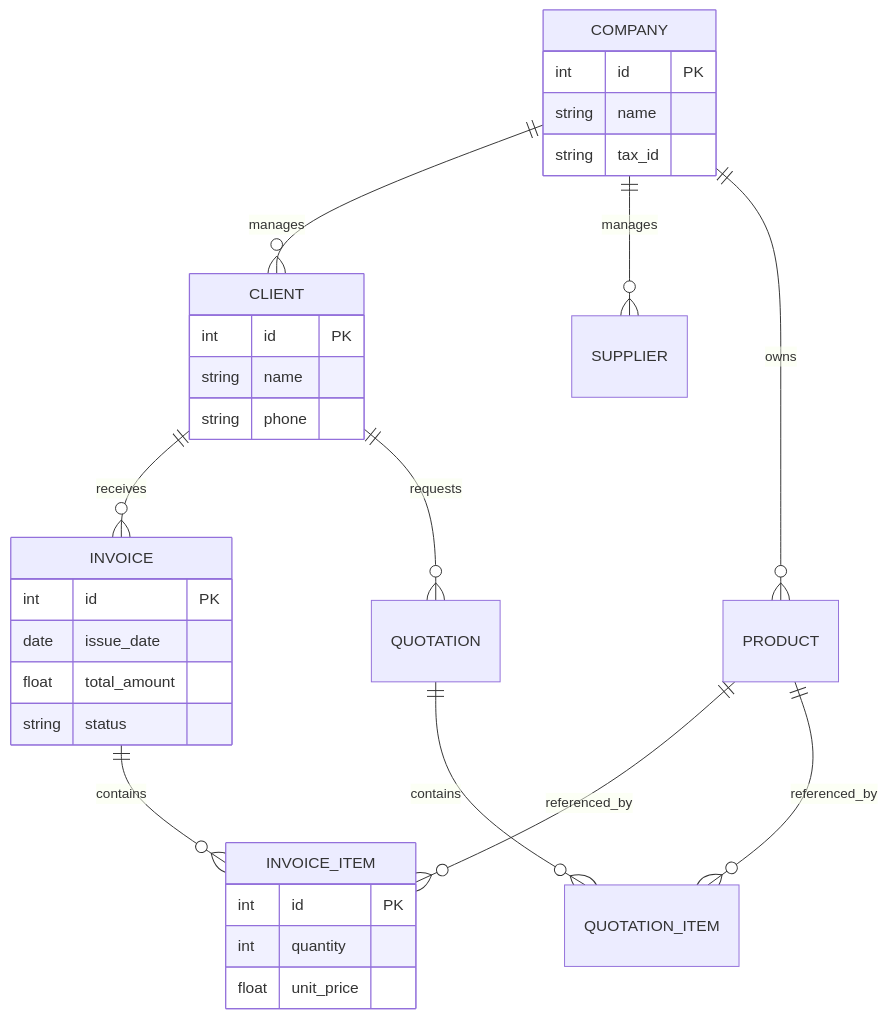
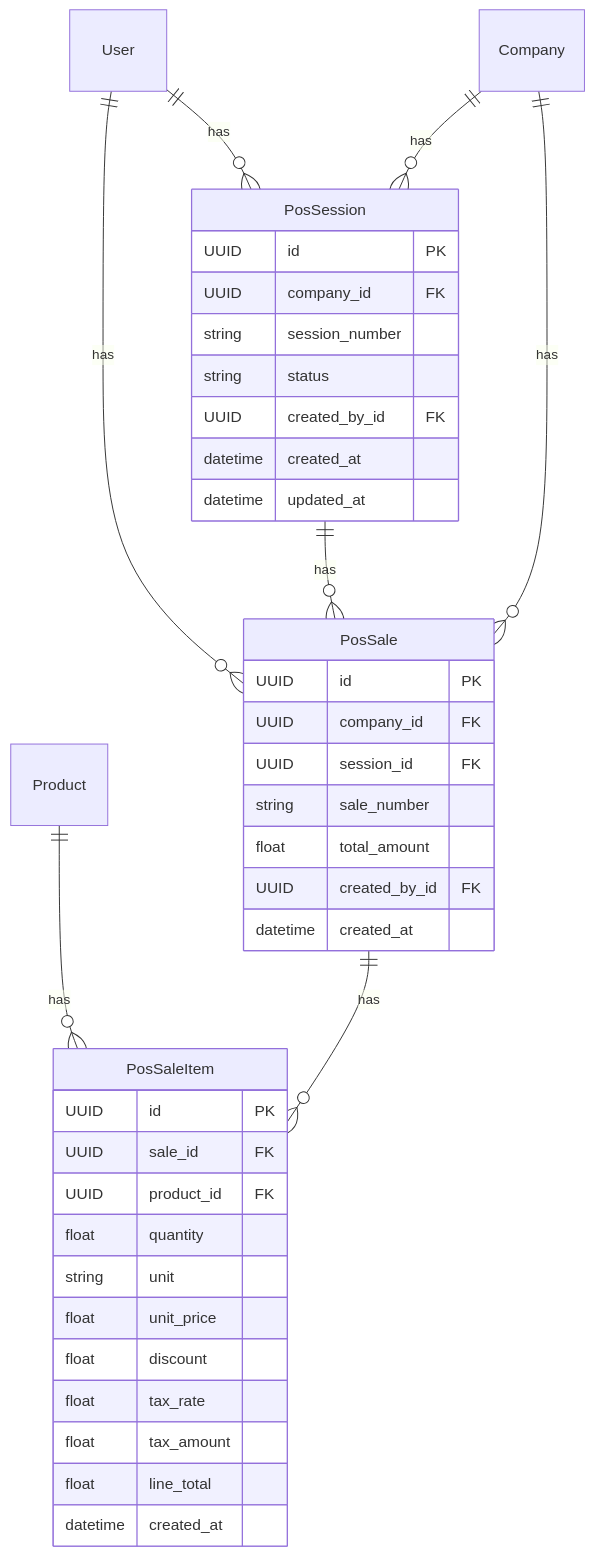
The eighth of 12 diagrams in SAD_and_SDD.md (the-engrammers/Fawatir-Root), drawn with Mermaid before and after one commit. The commit also changed other lines of this file and 3 other files, not shown here.

Commit message:
docs: auto-generate extremely detailed ER diagrams for every module in the database

````diff
--- a/SAD_and_SDD.md
+++ b/SAD_and_SDD.md
@@ -96,37 +782,42 @@
 ```mermaid
 erDiagram
-    COMPANY ||--o{ CLIENT : manages
-    COMPANY ||--o{ SUPPLIER : manages
-    COMPANY ||--o{ PRODUCT : owns
-    
-    CLIENT ||--o{ INVOICE : receives
-    CLIENT ||--o{ QUOTATION : requests
-    
-    INVOICE ||--o{ INVOICE_ITEM : contains
-    QUOTATION ||--o{ QUOTATION_ITEM : contains
-    
-    PRODUCT ||--o{ INVOICE_ITEM : referenced_by
-    PRODUCT ||--o{ QUOTATION_ITEM : referenced_by
-    
-    COMPANY {
-        int id PK
-        string name
-        string tax_id
+    PosSession {
+        UUID id PK
+        UUID company_id FK
+        string session_number
+        string status
+        UUID created_by_id FK
+        datetime created_at
+        datetime updated_at
     }
-    CLIENT {
-        int id PK
-        string name
-        string phone
+    PosSale {
+        UUID id PK
+        UUID company_id FK
+        UUID session_id FK
+        string sale_number
+        float total_amount
+        UUID created_by_id FK
+        datetime created_at
     }
-    INVOICE {
-        int id PK
-        date issue_date
-        float total_amount
-        string status
+    PosSaleItem {
+        UUID id PK
+        UUID sale_id FK
+        UUID product_id FK
+        float quantity
+        string unit
+        float unit_price
+        float discount
+        float tax_rate
+        float tax_amount
+        float line_total
+        datetime created_at
     }
-    INVOICE_ITEM {
-        int id PK
-        int quantity
-        float unit_price
-    }
+
+    User ||--o{ PosSession : has
+    User ||--o{ PosSale : has
+    PosSession ||--o{ PosSale : has
+    Product ||--o{ PosSaleItem : has
+    PosSale ||--o{ PosSaleItem : has
+    Company ||--o{ PosSession : has
+    Company ||--o{ PosSale : has
 ```
````
